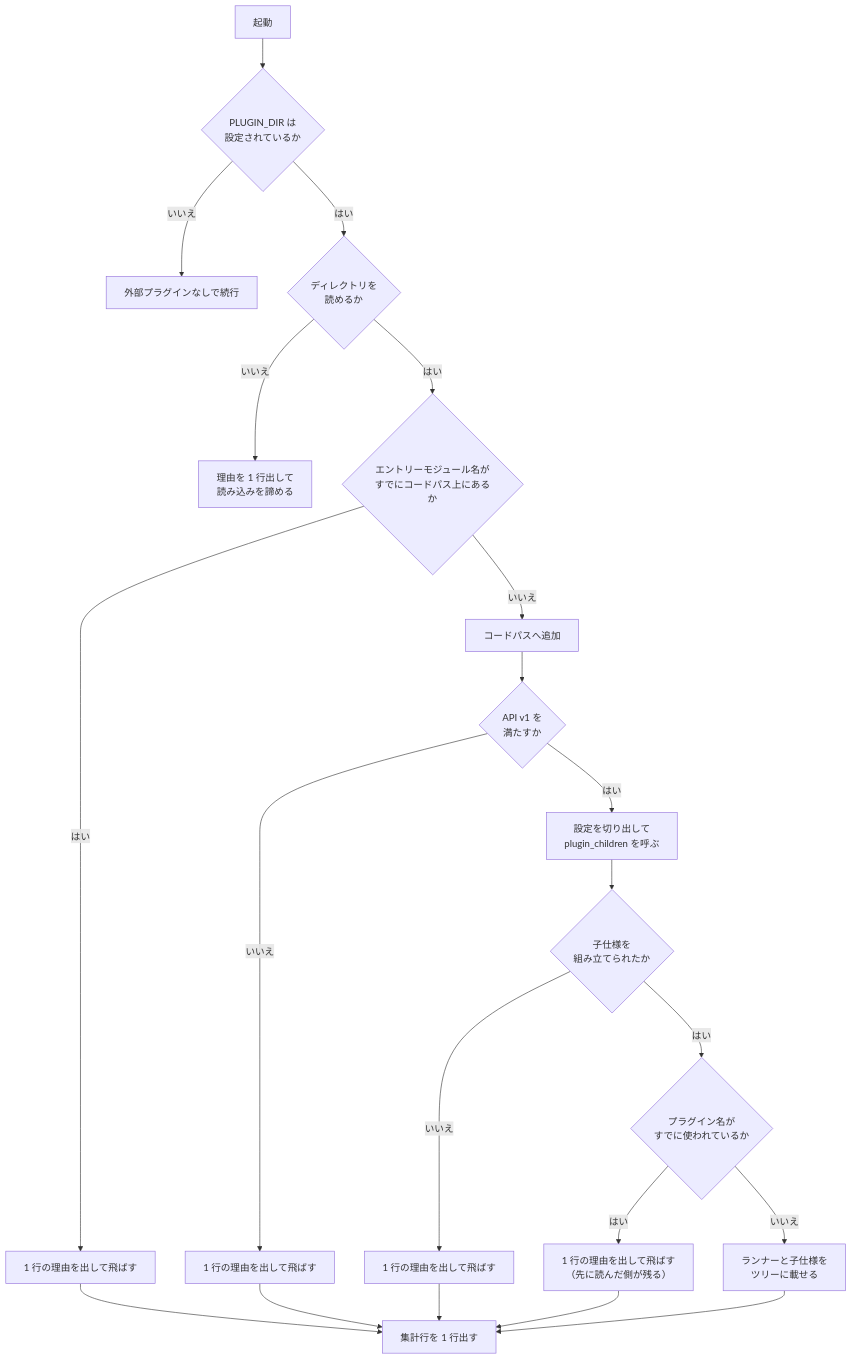
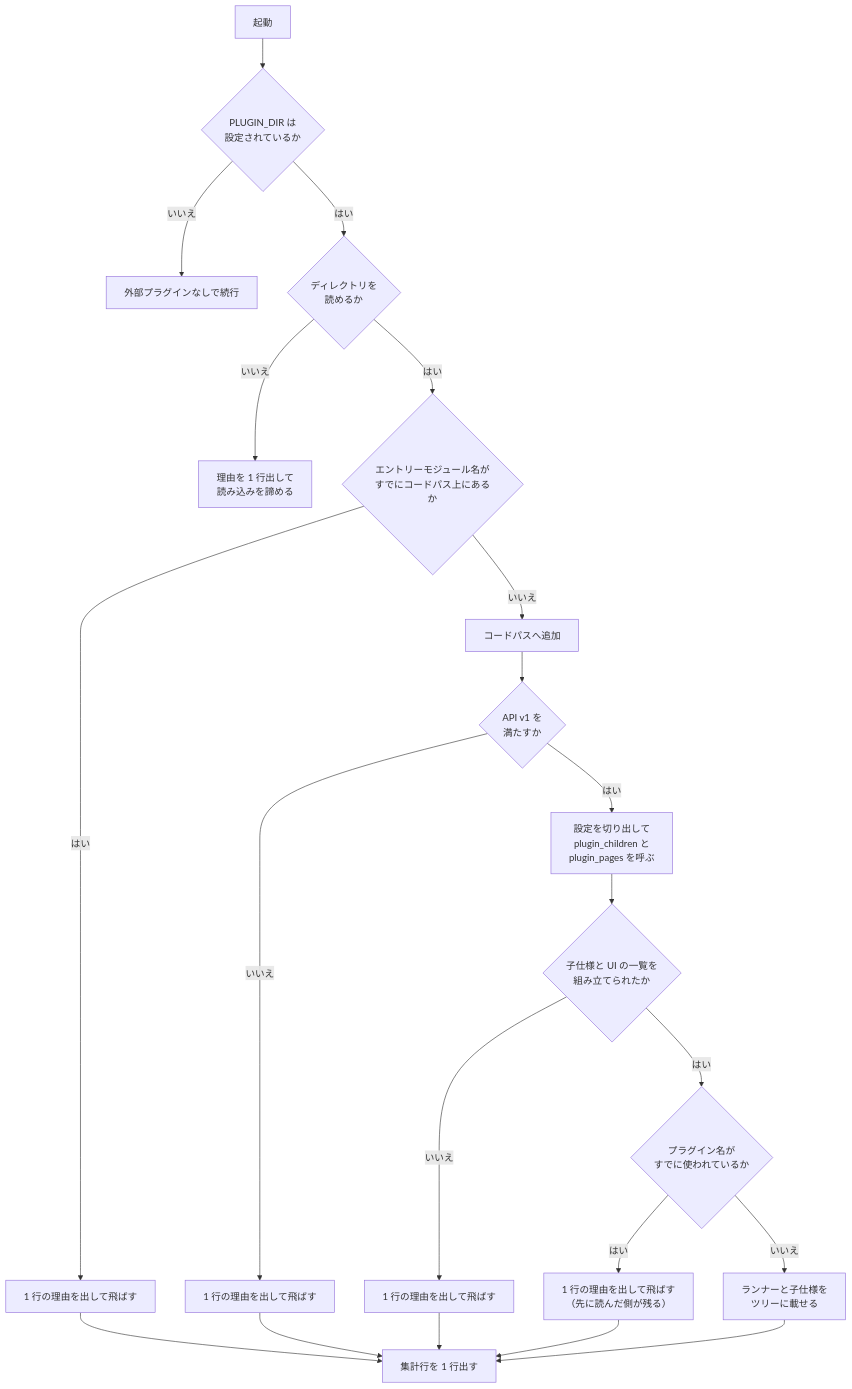
The ninth of 9 diagrams in docs/architecture.md (neverclear86/nostr-no-su), drawn with Mermaid before and after one commit. The commit also changed other lines of this file and 18 other files, not shown here.

````diff
--- a/docs/architecture.md
+++ b/docs/architecture.md
@@ -576,23 +576,23 @@
 ```mermaid
 flowchart TD
     start["起動"] --> scan{"PLUGIN_DIR は<br/>設定されているか"}
     scan -->|"いいえ"| skip["外部プラグインなしで続行"]
     scan -->|"はい"| list{"ディレクトリを<br/>読めるか"}
     list -->|"いいえ"| abort["理由を 1 行出して<br/>読み込みを諦める"]
     list -->|"はい"| shadow{"エントリーモジュール名が<br/>すでにコードパス上にあるか"}
     shadow -->|"はい"| reject1["1 行の理由を出して飛ばす"]
     shadow -->|"いいえ"| addpath["コードパスへ追加"]
     addpath --> validate{"API v1 を<br/>満たすか"}
     validate -->|"いいえ"| reject2["1 行の理由を出して飛ばす"]
-    validate -->|"はい"| config["設定を切り出して<br/>plugin_children を呼ぶ"]
-    config --> accepted{"子仕様を<br/>組み立てられたか"}
+    validate -->|"はい"| config["設定を切り出して<br/>plugin_children と<br/>plugin_pages を呼ぶ"]
+    config --> accepted{"子仕様と UI の一覧を<br/>組み立てられたか"}
     accepted -->|"いいえ"| reject3["1 行の理由を出して飛ばす"]
     accepted -->|"はい"| dup{"プラグイン名が<br/>すでに使われているか"}
     dup -->|"はい"| reject4["1 行の理由を出して飛ばす<br/>（先に読んだ側が残る）"]
     dup -->|"いいえ"| tree["ランナーと子仕様を<br/>ツリーに載せる"]
     reject1 --> summary["集計行を 1 行出す"]
     reject2 --> summary
     reject3 --> summary
     reject4 --> summary
     tree --> summary
 ```
````
